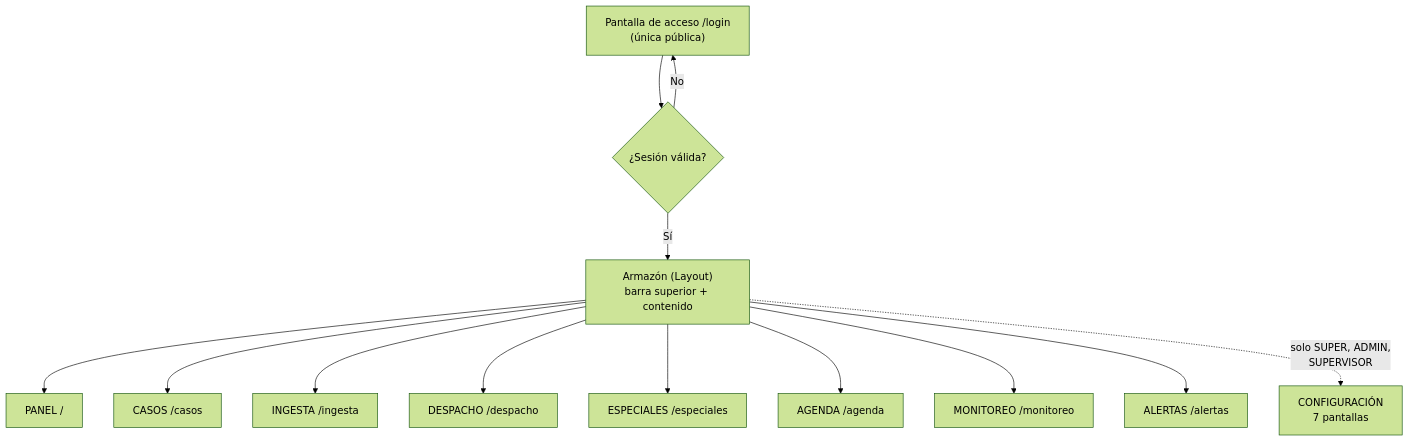
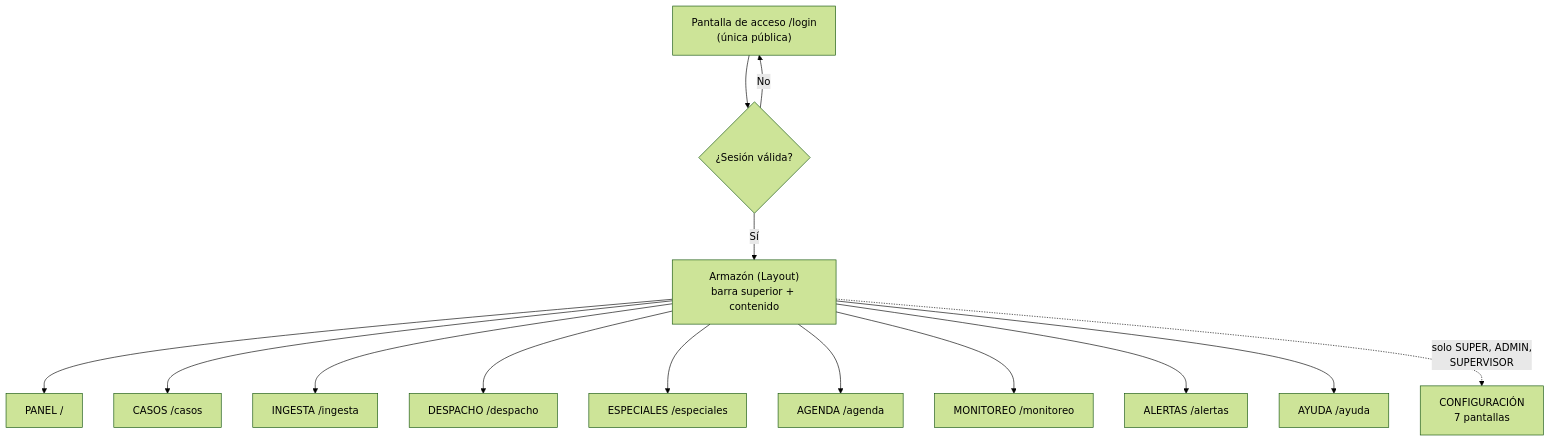
The first of 2 diagrams in docs/Manuales/01-Tecnologia/03-stack-frontend.md (anlucorporations/GGTO), drawn with Mermaid (forest theme) before and after one commit. The commit also changed other lines of this file and 99 other files, not shown here.

````diff
--- a/docs/Manuales/01-Tecnologia/03-stack-frontend.md
+++ b/docs/Manuales/01-Tecnologia/03-stack-frontend.md
@@ -22,16 +33,17 @@
 ```mermaid
 flowchart TD
     L["Pantalla de acceso /login<br/>(única pública)"]
     L --> G{"¿Sesión válida?"}
     G -- "No" --> L
     G -- "Sí" --> LAY["Armazón (Layout)<br/>barra superior + contenido"]
     LAY --> P["PANEL /"]
     LAY --> C["CASOS /casos"]
     LAY --> I["INGESTA /ingesta"]
     LAY --> D["DESPACHO /despacho"]
     LAY --> E["ESPECIALES /especiales"]
     LAY --> A["AGENDA /agenda"]
     LAY --> M["MONITOREO /monitoreo"]
     LAY --> AL["ALERTAS /alertas"]
+    LAY --> AY["AYUDA /ayuda"]
     LAY -. "solo SUPER, ADMIN,<br/>SUPERVISOR" .-> CFG["CONFIGURACIÓN<br/>7 pantallas"]
 ```
````
